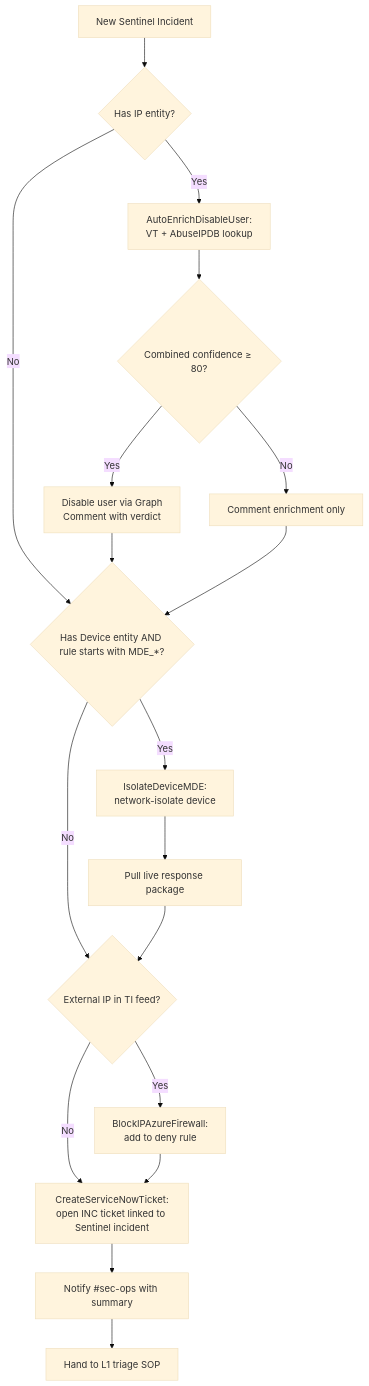
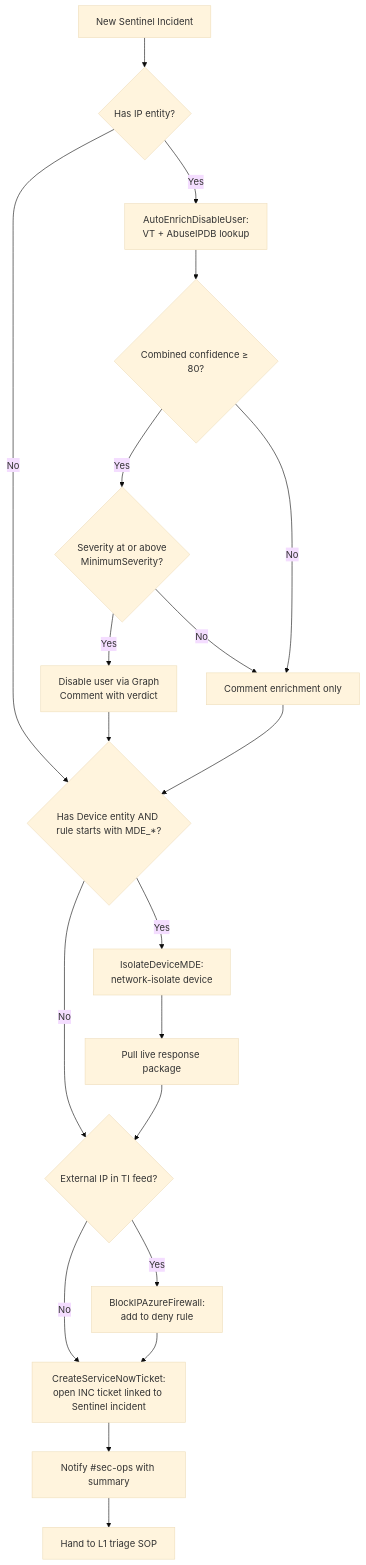
The diagram in docs/workflows/soar-decision-flow.md (sandeepmothukuri/sentinel-detection-engine), drawn with Mermaid (base theme) before and after one commit. The commit also changed other lines of this file and 12 other files, not shown here.

````diff
--- a/docs/workflows/soar-decision-flow.md
+++ b/docs/workflows/soar-decision-flow.md
@@ -19,23 +23,25 @@
 ```mermaid
 flowchart TD
     A[New Sentinel Incident] --> B{Has IP entity?}
     B -- Yes --> C[AutoEnrichDisableUser:<br/>VT + AbuseIPDB lookup]
     B -- No --> G
     C --> D{Combined confidence ≥ 80?}
-    D -- Yes --> E[Disable user via Graph<br/>Comment with verdict]
+    D -- Yes --> D2{Severity at or above<br/>MinimumSeverity?}
+    D2 -- Yes --> E[Disable user via Graph<br/>Comment with verdict]
+    D2 -- No --> F
     D -- No --> F[Comment enrichment only]
     E --> G
     F --> G
     G{Has Device entity AND rule starts with MDE_*?}
     G -- Yes --> H[IsolateDeviceMDE:<br/>network-isolate device]
     G -- No --> J
     H --> I[Pull live response package]
     I --> J
     J{External IP in TI feed?}
     J -- Yes --> K[BlockIPAzureFirewall:<br/>add to deny rule]
     J -- No --> L
     K --> L
     L[CreateServiceNowTicket:<br/>open INC ticket linked to Sentinel incident]
     L --> M[Notify #sec-ops with summary]
     M --> N[Hand to L1 triage SOP]
 ```
````
